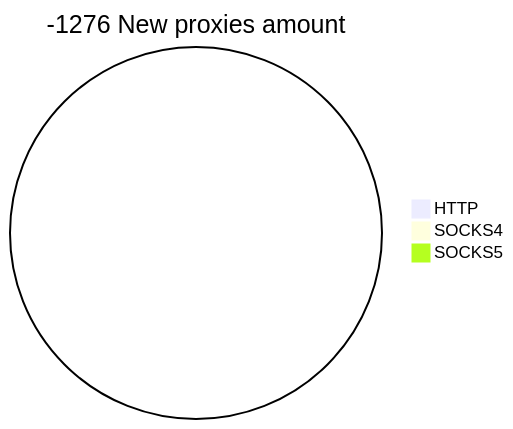
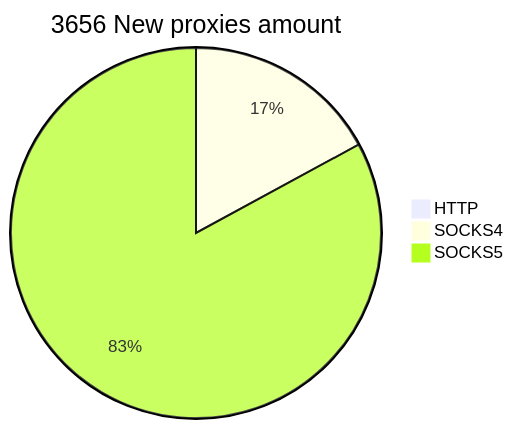
The second of 2 diagrams in README.md (cutipu/proxylist), drawn with Mermaid before and after one commit. The commit also changed other lines of this file, not shown here.

````diff
--- a/README.md
+++ b/README.md
@@ -10,6 +10,6 @@
 ```mermaid
-pie title -1276 New proxies amount
-    "HTTP" : 0
-    "SOCKS4" : 0
-    "SOCKS5" : 0
+pie title 3656 New proxies amount
+    "HTTP" : 2
+    "SOCKS4" : 624
+    "SOCKS5" : 3030
 ```
````
